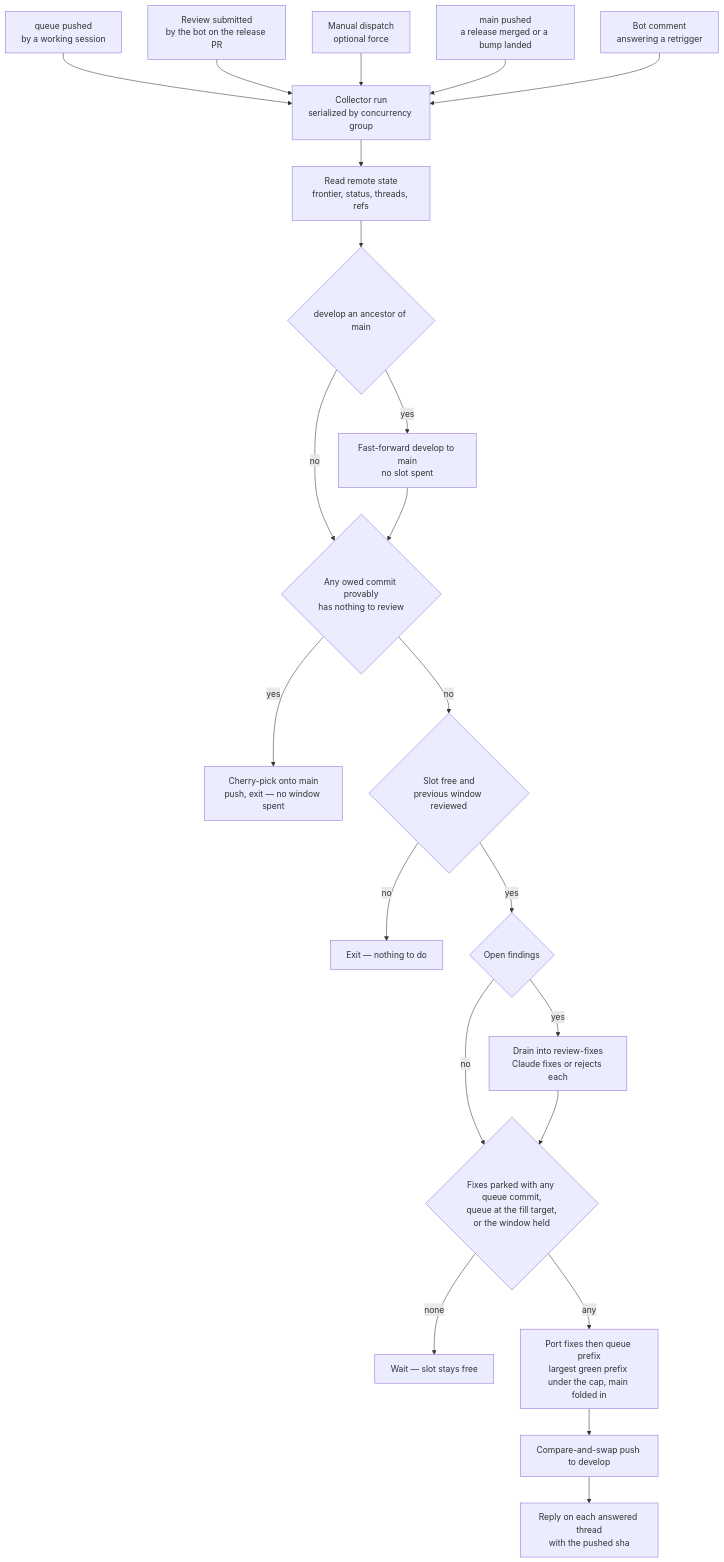
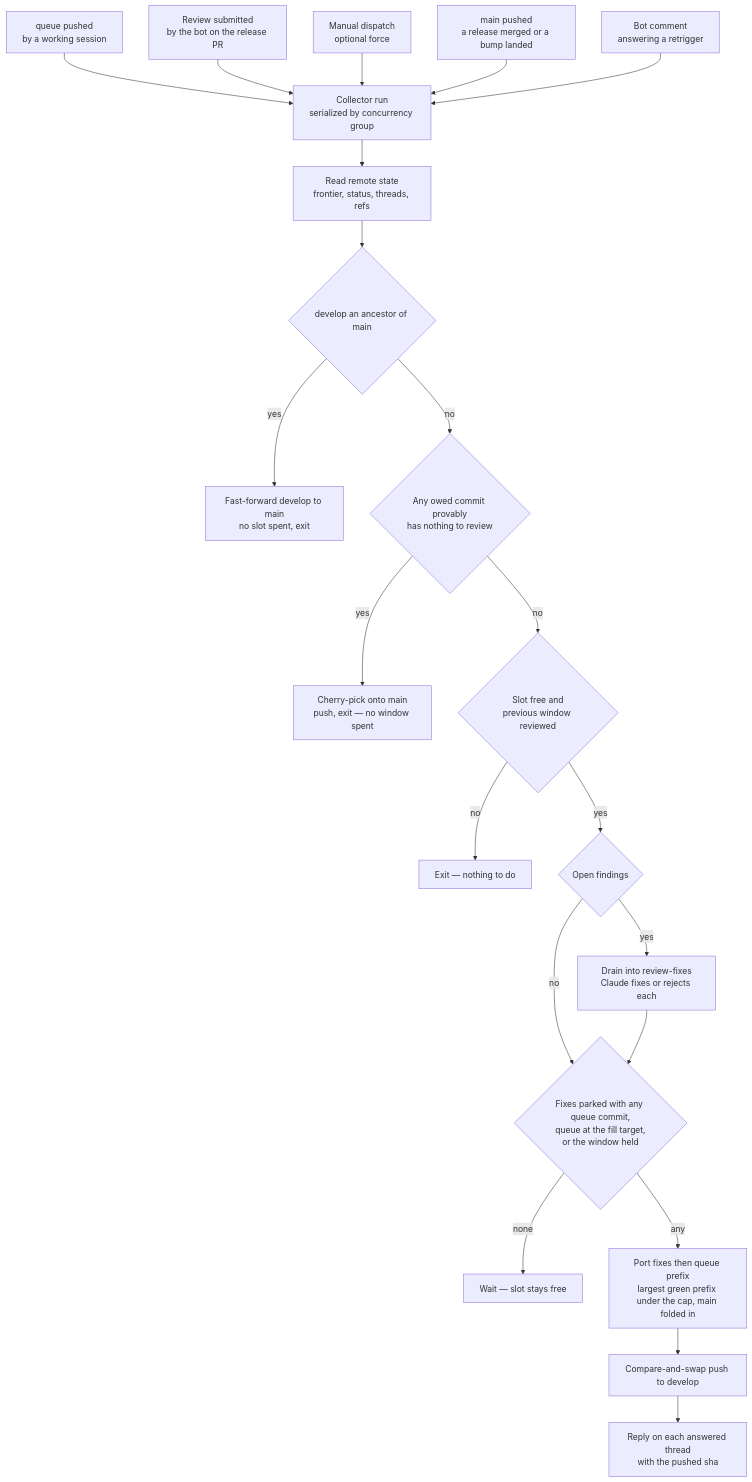
Before and after one commit to Esposter/Esposter: the diagram in apps/web/content/docs/infra/review-collector/index.md, drawn with Mermaid. The commit also changed other lines of this file and 5 other files, not shown here.

````diff
--- a/apps/web/content/docs/infra/review-collector/index.md
+++ b/apps/web/content/docs/infra/review-collector/index.md
@@ -27,24 +27,23 @@
 ```mermaid
 flowchart TD
   A[queue pushed<br/>by a working session] --> C
   F[Review submitted<br/>by the bot on the release PR] --> C
   D[Manual dispatch<br/>optional force] --> C
   MN[main pushed<br/>a release merged or a bump landed] --> C
   CM[Bot comment<br/>answering a retrigger] --> C
   C[Collector run<br/>serialized by concurrency group] --> R[Read remote state<br/>frontier, status, threads, refs]
   R --> RS{develop an ancestor of main}
-  RS -->|yes| FF[Fast-forward develop to main<br/>no slot spent]
-  RS -->|no| E
-  FF --> E{Any owed commit provably<br/>has nothing to review}
+  RS -->|yes| FF[Fast-forward develop to main<br/>no slot spent, exit]
+  RS -->|no| E{Any owed commit provably<br/>has nothing to review}
   E -->|yes| EX[Cherry-pick onto main<br/>push, exit — no window spent]
   E -->|no| G{Slot free and<br/>previous window reviewed}
   G -->|no| X[Exit — nothing to do]
   G -->|yes| O{Open findings}
   O -->|yes| DR[Drain into review-fixes<br/>Claude fixes or rejects each]
   O -->|no| P
   DR --> P{Fixes parked with any queue commit,<br/>queue at the fill target,<br/>or the window held}
   P -->|none| PK[Wait — slot stays free]
   P -->|any| W[Port fixes then queue prefix<br/>largest green prefix under the cap, main folded in]
   W --> PU[Compare-and-swap push to develop]
   PU --> RP[Reply on each answered thread<br/>with the pushed sha]
 ```
````
